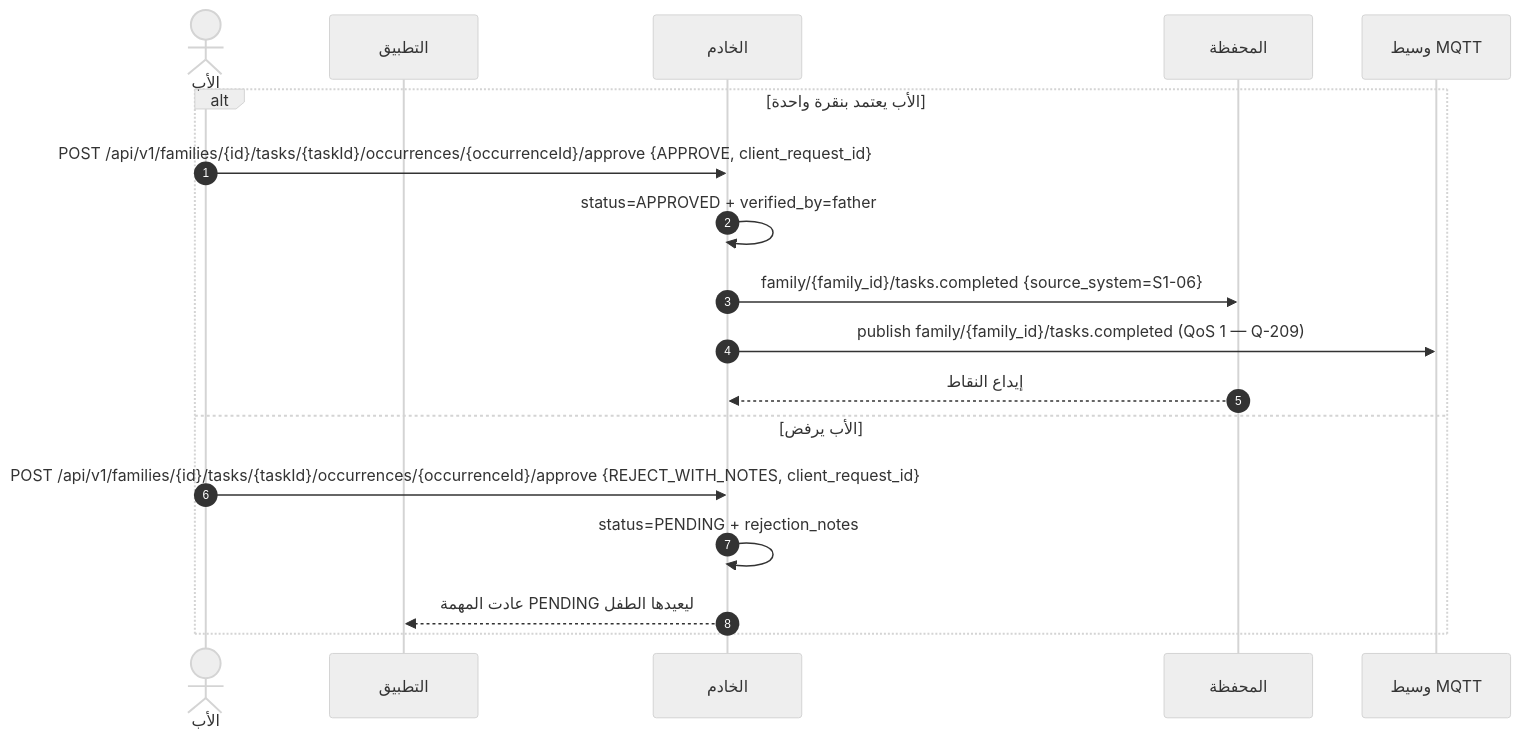
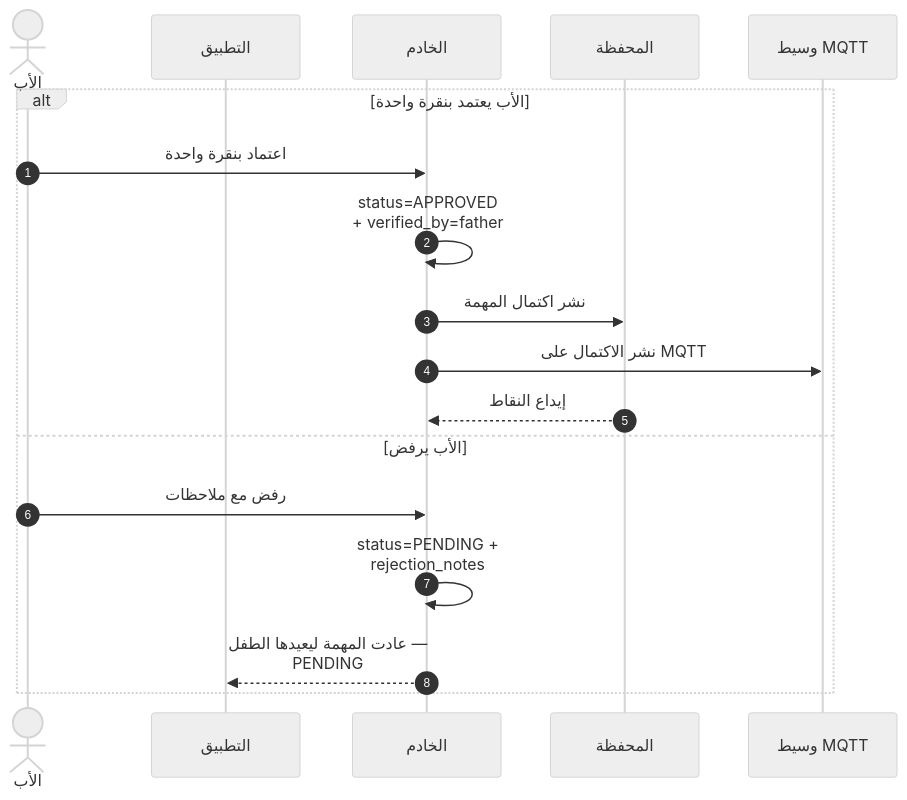
Diagram 15 of 30 in docs/family-os/governance/phases/phase-1/S1-06-tasks-and-calendar/DIAGRAMS.md (Bassam-mohammed-alqaeadi/family-os-v2), drawn with Mermaid (neutral theme) before and after one commit. The commit also changed other lines of this file, not shown here.

````diff
--- a/docs/family-os/governance/phases/phase-1/S1-06-tasks-and-calendar/DIAGRAMS.md
+++ b/docs/family-os/governance/phases/phase-1/S1-06-tasks-and-calendar/DIAGRAMS.md
@@ -471,20 +563,21 @@
 ```mermaid
+%%{init: {"sequence": {"wrap": true}}}%%
 sequenceDiagram
     autonumber
     actor Father as الأب
     participant App as التطبيق
     participant Ktor as الخادم
     participant S105 as المحفظة
     participant MQTT as وسيط MQTT
     alt الأب يعتمد بنقرة واحدة
-        Father->>Ktor: POST /api/v1/families/{id}/tasks/{taskId}/occurrences/{occurrenceId}/approve {APPROVE, client_request_id}
+        Father->>Ktor: اعتماد بنقرة واحدة
         Ktor->>Ktor: status=APPROVED + verified_by=father
-        Ktor->>S105: family/{family_id}/tasks.completed {source_system=S1-06}
-        Ktor->>MQTT: publish family/{family_id}/tasks.completed (QoS 1 — Q-209)
+        Ktor->>S105: نشر اكتمال المهمة
+        Ktor->>MQTT: نشر الاكتمال على MQTT
         S105-->>Ktor: إيداع النقاط
     else الأب يرفض
-        Father->>Ktor: POST /api/v1/families/{id}/tasks/{taskId}/occurrences/{occurrenceId}/approve {REJECT_WITH_NOTES, client_request_id}
+        Father->>Ktor: رفض مع ملاحظات
         Ktor->>Ktor: status=PENDING + rejection_notes
-        Ktor-->>App: عادت المهمة PENDING ليعيدها الطفل
+        Ktor-->>App: عادت المهمة ليعيدها الطفل — PENDING
     end
 ```
````
